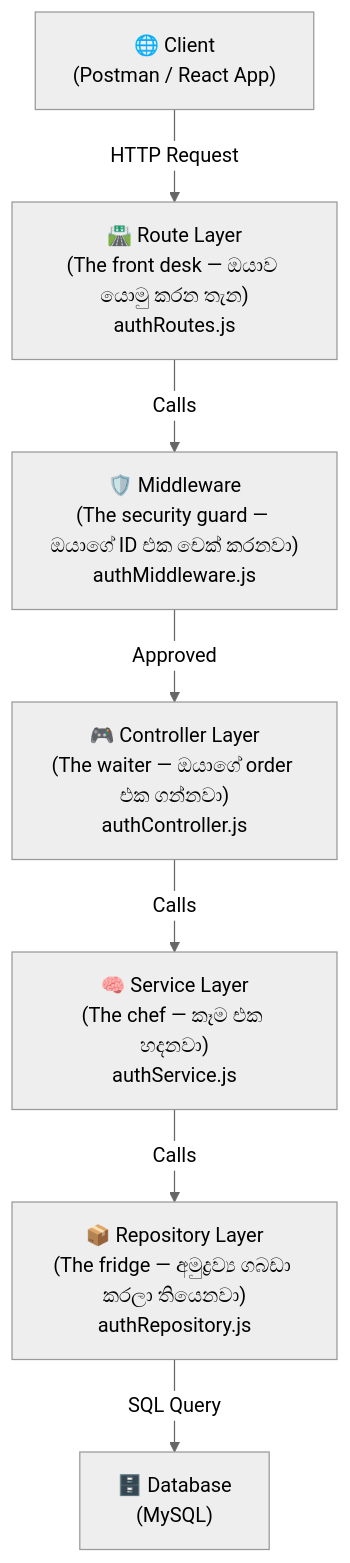
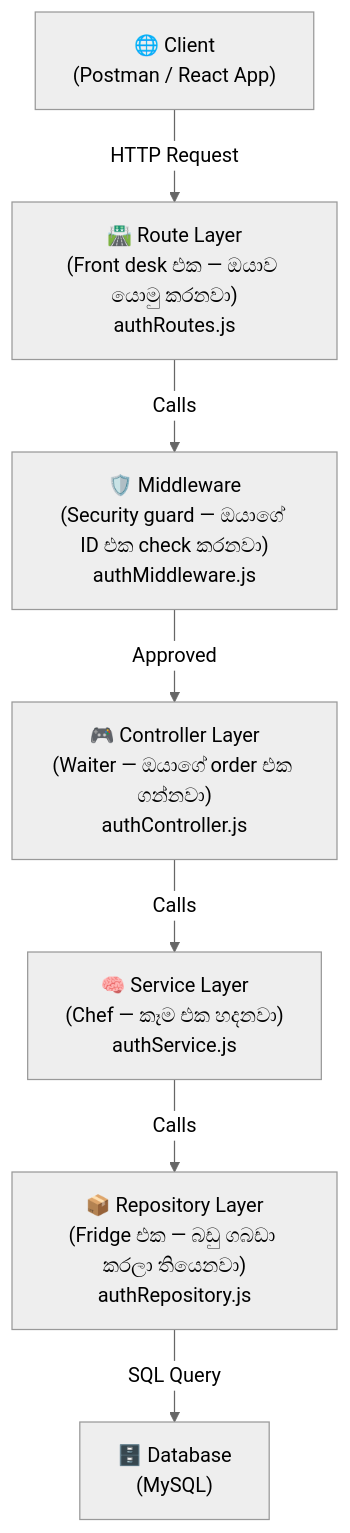
Before and after one commit to Nimsika-Bosilu/designHer_2.0-Student-Attendance-Management-System: the second of 33 diagrams in backend/sinhala-translation-document/README.md, drawn with Mermaid (neutral theme). The commit also changed other lines of this file and 28 other files, not shown here.

````diff
--- a/backend/sinhala-translation-document/README.md
+++ b/backend/sinhala-translation-document/README.md
@@ -46,10 +27,10 @@
 ```mermaid
 flowchart TD
     A["🌐 Client\n(Postman / React App)"] -->|"HTTP Request"| B
-    B["🛣️ Route Layer\n(The front desk — ඔයාව යොමු කරන තැන)\nauthRoutes.js"] -->|"Calls"| C
-    C["🛡️ Middleware\n(The security guard — ඔයාගේ ID එක චෙක් කරනවා)\nauthMiddleware.js"] -->|"Approved"| D
-    D["🎮 Controller Layer\n(The waiter — ඔයාගේ order එක ගන්නවා)\nauthController.js"] -->|"Calls"| E
-    E["🧠 Service Layer\n(The chef — කෑම එක හදනවා)\nauthService.js"] -->|"Calls"| F
-    F["📦 Repository Layer\n(The fridge — අමුද්‍රව්‍ය ගබඩා කරලා තියෙනවා)\nauthRepository.js"] -->|"SQL Query"| G
+    B["🛣️ Route Layer\n(Front desk එක — ඔයාව යොමු කරනවා)\nauthRoutes.js"] -->|"Calls"| C
+    C["🛡️ Middleware\n(Security guard — ඔයාගේ ID එක check කරනවා)\nauthMiddleware.js"] -->|"Approved"| D
+    D["🎮 Controller Layer\n(Waiter — ඔයාගේ order එක ගන්නවා)\nauthController.js"] -->|"Calls"| E
+    E["🧠 Service Layer\n(Chef — කෑම එක හදනවා)\nauthService.js"] -->|"Calls"| F
+    F["📦 Repository Layer\n(Fridge එක — බඩු ගබඩා කරලා තියෙනවා)\nauthRepository.js"] -->|"SQL Query"| G
     G["🗄️ Database\n(MySQL)"]
 ```
````
